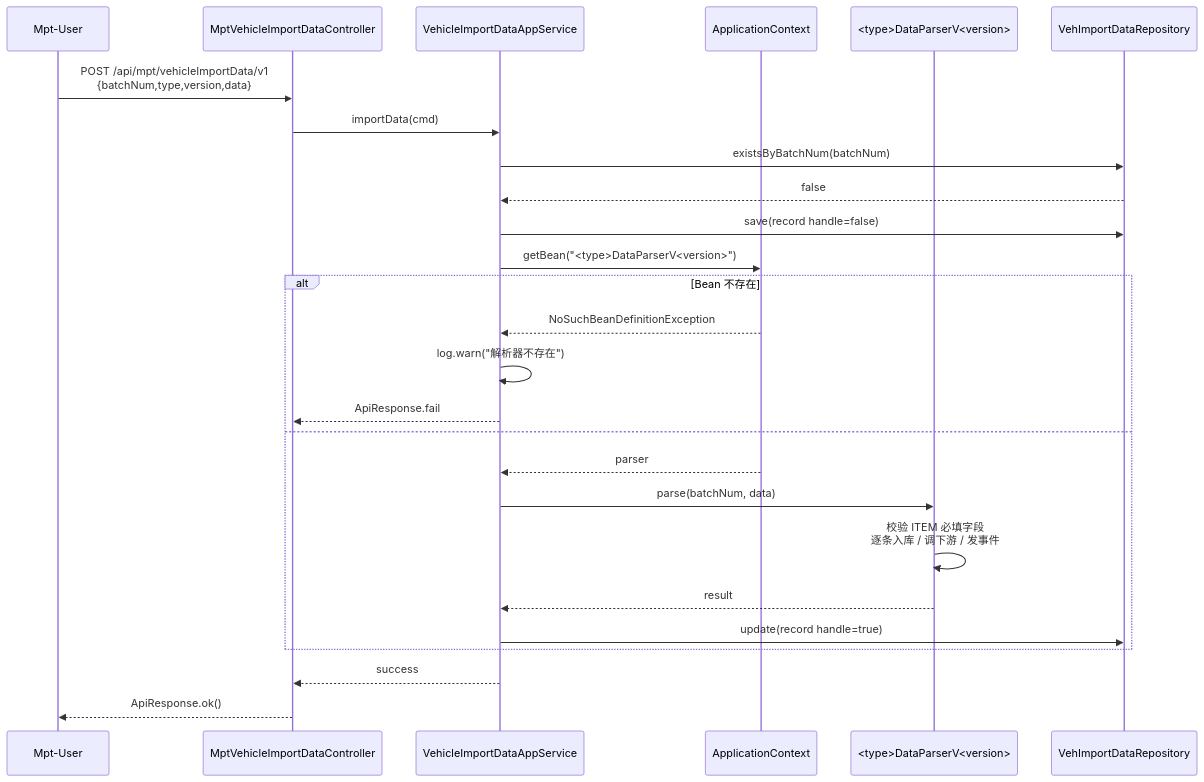
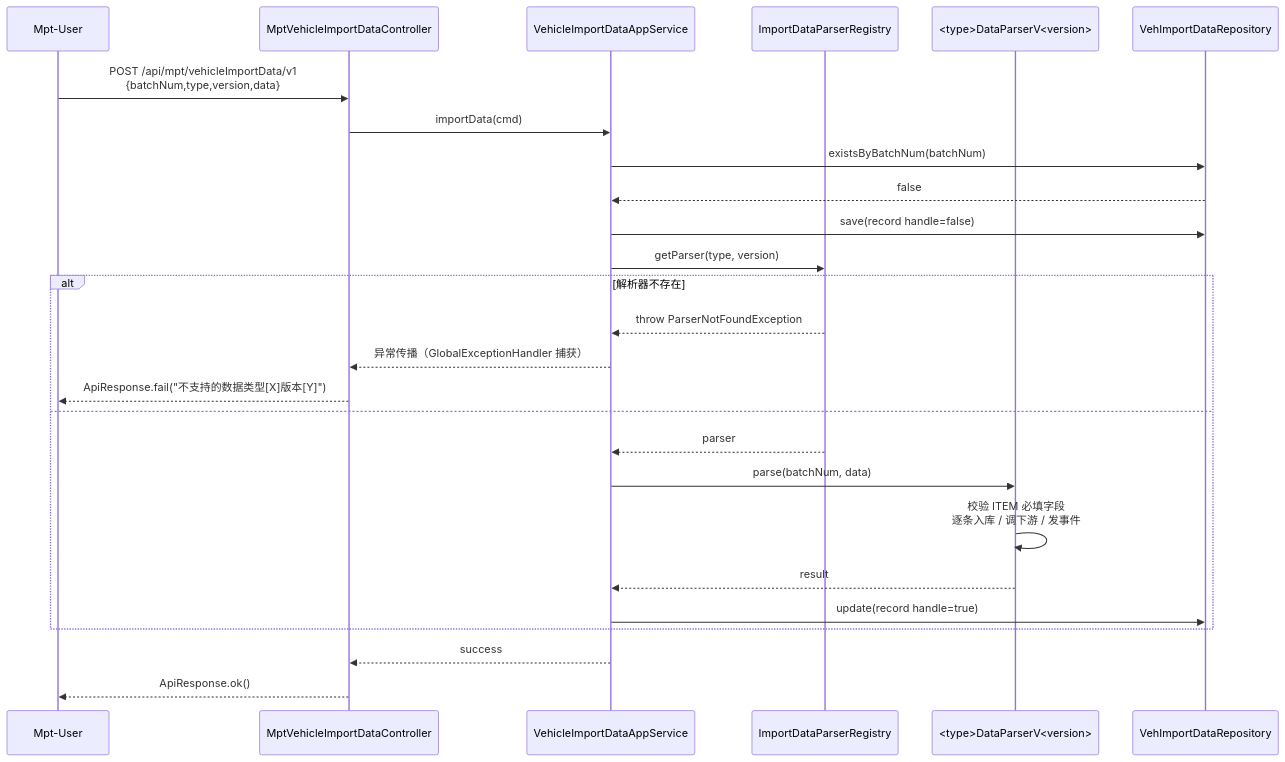
The fifth of 9 diagrams in specs/vehicle-master-data-platform/design.md (hwyzleo/iov-cloud-edd-vmd), drawn with Mermaid before and after one commit. The commit also changed other lines of this file and 13 other files, not shown here.

````diff
--- a/specs/vehicle-master-data-platform/design.md
+++ b/specs/vehicle-master-data-platform/design.md
@@ -265,29 +265,29 @@
 ```mermaid
 sequenceDiagram
     participant U as Mpt-User
     participant C as MptVehicleImportDataController
     participant A as VehicleImportDataAppService
-    participant CTX as ApplicationContext
+    participant REG as ImportDataParserRegistry
     participant P as <type>DataParserV<version>
     participant R as VehImportDataRepository
 
     U->>C: POST /api/mpt/vehicleImportData/v1<br/>{batchNum,type,version,data}
     C->>A: importData(cmd)
     A->>R: existsByBatchNum(batchNum)
     R-->>A: false
     A->>R: save(record handle=false)
-    A->>CTX: getBean("<type>DataParserV<version>")
-    alt Bean 不存在
-        CTX-->>A: NoSuchBeanDefinitionException
-        A->>A: log.warn("解析器不存在")
-        A-->>C: ApiResponse.fail
+    A->>REG: getParser(type, version)
+    alt 解析器不存在
+        REG-->>A: throw ParserNotFoundException
+        A-->>C: 异常传播（GlobalExceptionHandler 捕获）
+        C-->>U: ApiResponse.fail("不支持的数据类型[X]版本[Y]")
     else
-        CTX-->>A: parser
+        REG-->>A: parser
         A->>P: parse(batchNum, data)
         P->>P: 校验 ITEM 必填字段<br/>逐条入库 / 调下游 / 发事件
         P-->>A: result
         A->>R: update(record handle=true)
     end
     A-->>C: success
     C-->>U: ApiResponse.ok()
 ```
````
